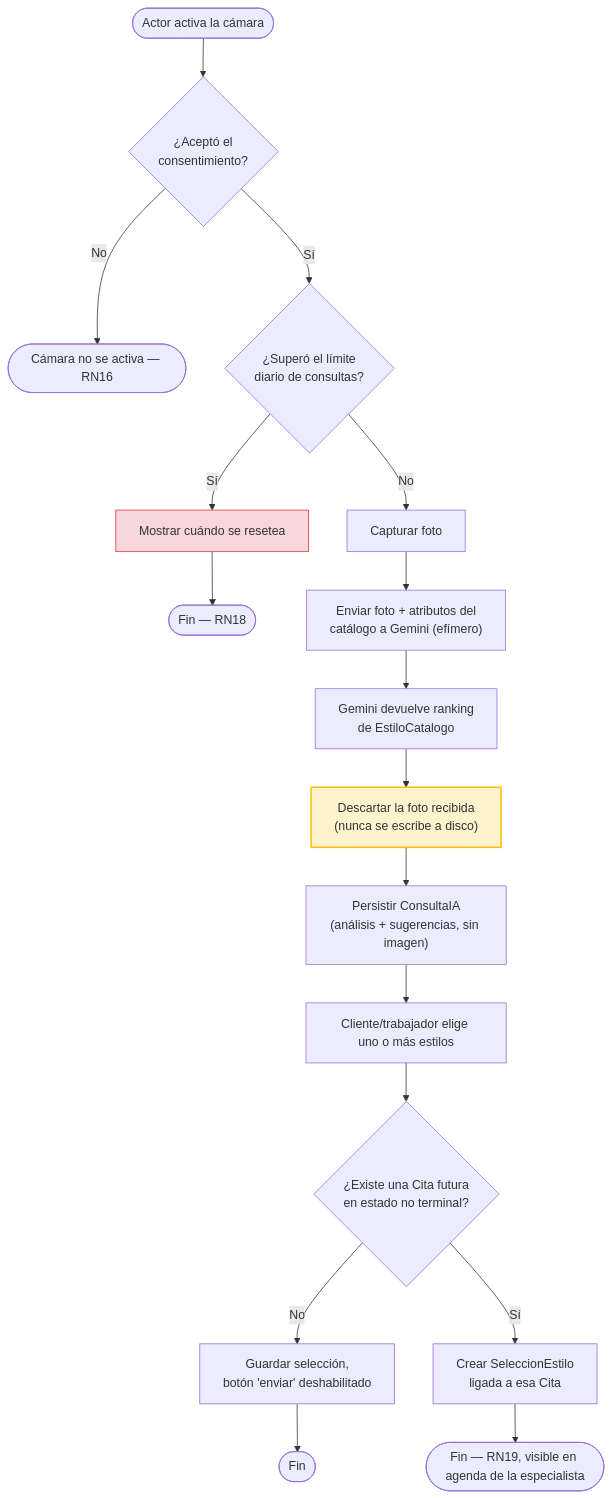
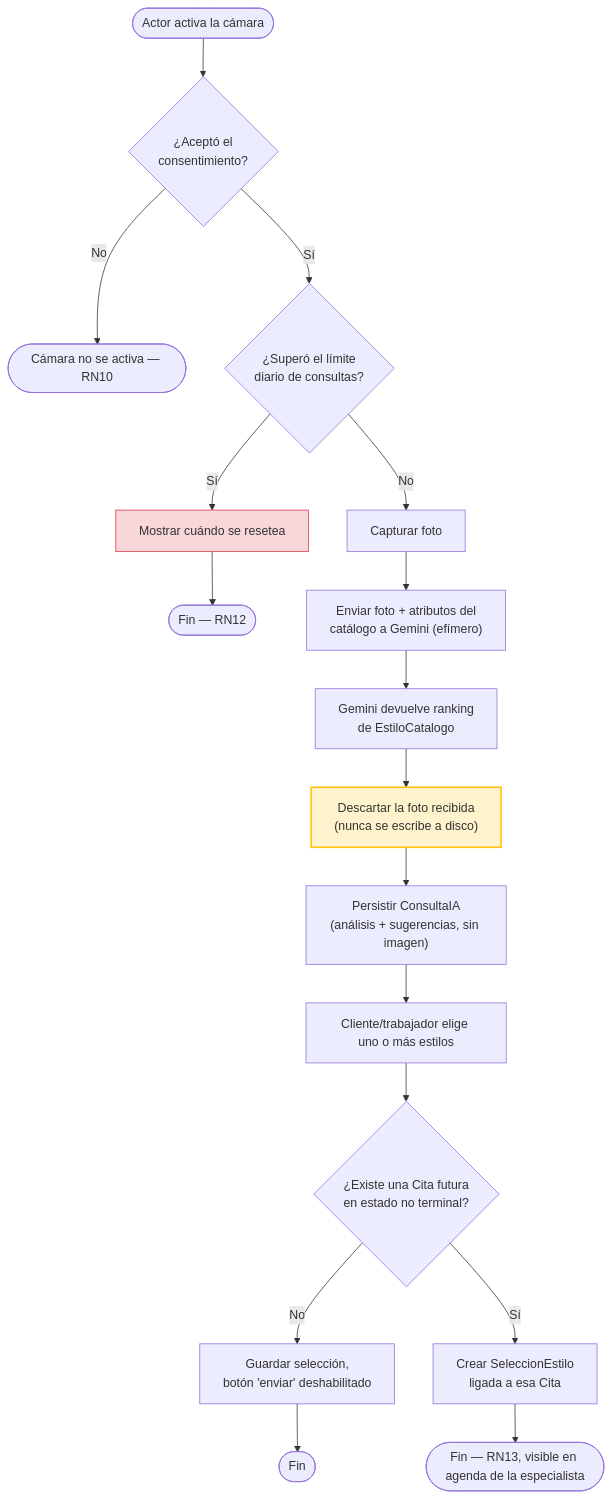
Before and after one commit to Alezzandromv/welve: the fifth of 6 diagrams in docs/tesis/06_DIAGRAMAS_DE_ACTIVIDAD.md, drawn with Mermaid. The commit also changed other lines of this file and 73 other files, not shown here.

````diff
--- a/docs/tesis/06_DIAGRAMAS_DE_ACTIVIDAD.md
+++ b/docs/tesis/06_DIAGRAMAS_DE_ACTIVIDAD.md
@@ -82,22 +82,22 @@
 ```mermaid
 flowchart TD
     Start([Actor activa la cámara]) --> A{"¿Aceptó el<br/>consentimiento?"}
-    A -->|No| End1([Cámara no se activa — RN16])
+    A -->|No| End1([Cámara no se activa — RN10])
     A -->|Sí| B{"¿Superó el límite<br/>diario de consultas?"}
     B -->|Sí| RejLim["Mostrar cuándo se resetea"]:::reject
-    RejLim --> End2([Fin — RN18])
+    RejLim --> End2([Fin — RN12])
     B -->|No| C[Capturar foto]
     C --> D["Enviar foto + atributos del<br/>catálogo a Gemini (efímero)"]
     D --> E["Gemini devuelve ranking<br/>de EstiloCatalogo"]
     E --> F["Descartar la foto recibida<br/>(nunca se escribe a disco)"]:::critical
     F --> G["Persistir ConsultaIA<br/>(análisis + sugerencias, sin imagen)"]
     G --> H[Cliente/trabajador elige uno o más estilos]
     H --> I{"¿Existe una Cita futura<br/>en estado no terminal?"}
     I -->|No| J["Guardar selección,<br/>botón 'enviar' deshabilitado"]
     J --> End3([Fin])
     I -->|Sí| K["Crear SeleccionEstilo<br/>ligada a esa Cita"]
-    K --> End4([Fin — RN19, visible en agenda de la especialista])
+    K --> End4([Fin — RN13, visible en agenda de la especialista])
 
     classDef reject fill:#f8d7da,stroke:#dc3545
     classDef critical fill:#fff3cd,stroke:#ffc107,stroke-width:2px
 ```
````
